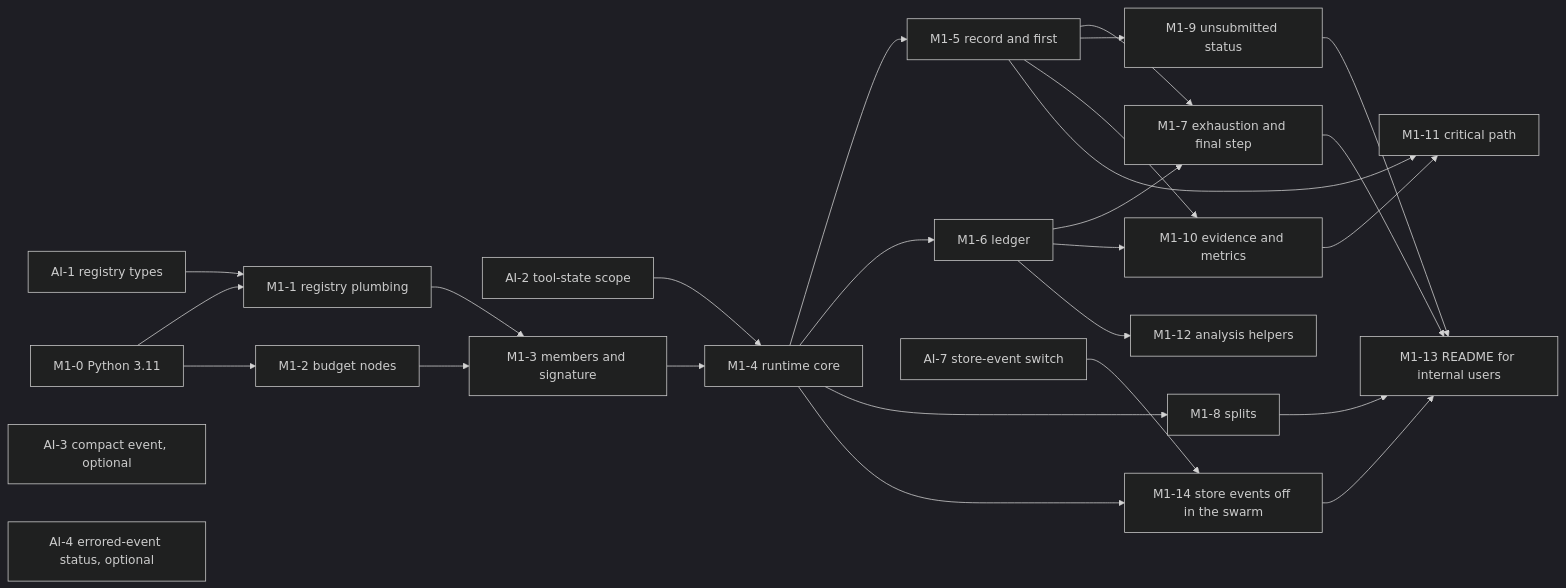
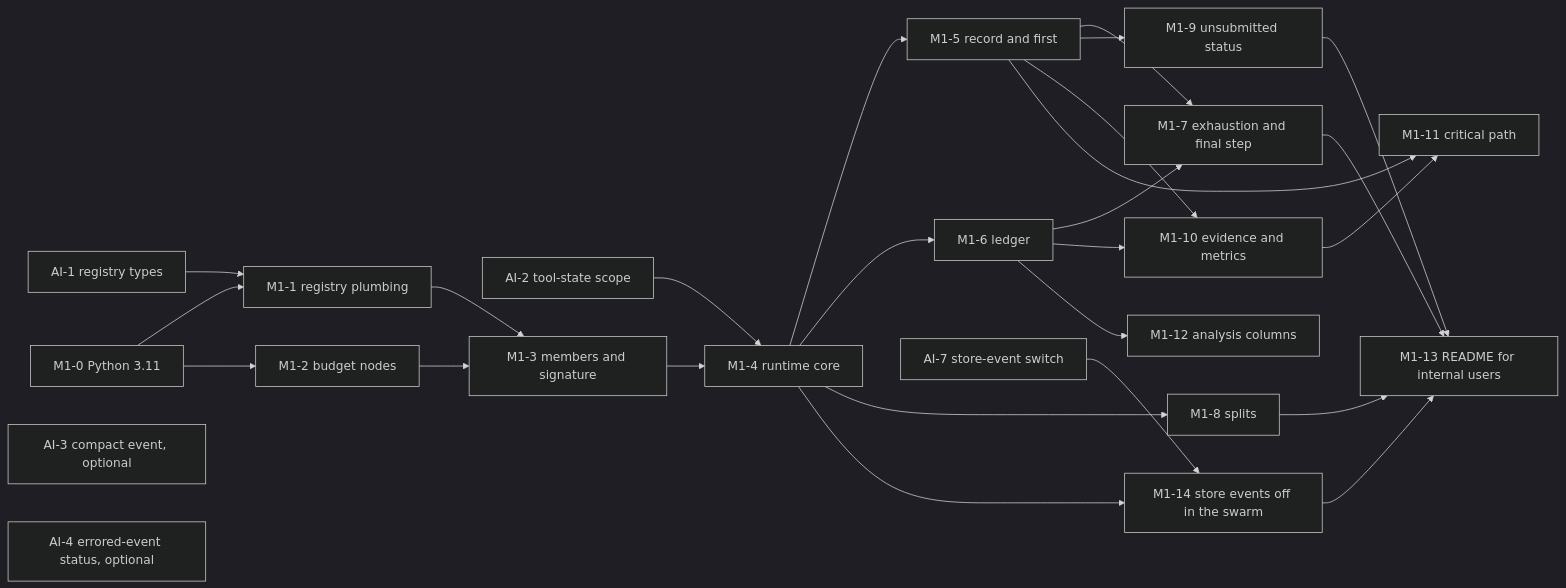
Before and after one commit to joesposito8/inspect_swarm: the first of 2 diagrams in design/swarm-implementation-plan.md, drawn with Mermaid (dark theme). The commit also changed other lines of this file and 12 other files, not shown here.

````diff
--- a/design/swarm-implementation-plan.md
+++ b/design/swarm-implementation-plan.md
@@ -118,29 +118,29 @@
 ```mermaid
 flowchart LR
   AI1[AI-1 registry types] --> M1_1
   AI2[AI-2 tool-state scope] --> M1_4
   M1_0[M1-0 Python 3.11] --> M1_1[M1-1 registry plumbing]
   M1_0 --> M1_2[M1-2 budget nodes]
   M1_1 --> M1_3[M1-3 members and signature]
   M1_2 --> M1_3
   M1_3 --> M1_4[M1-4 runtime core]
   M1_4 --> M1_5[M1-5 record and first]
   M1_4 --> M1_6[M1-6 ledger]
   M1_4 --> M1_8[M1-8 splits]
   M1_5 --> M1_7[M1-7 exhaustion and final step]
   M1_6 --> M1_7
   M1_5 --> M1_9[M1-9 unsubmitted status]
   M1_5 --> M1_10[M1-10 evidence and metrics]
   M1_6 --> M1_10
-  M1_6 --> M1_12[M1-12 analysis helpers]
+  M1_6 --> M1_12[M1-12 analysis columns]
   M1_5 --> M1_11[M1-11 critical path]
   M1_10 --> M1_11
   M1_7 --> M1_13[M1-13 README for internal users]
   M1_8 --> M1_13
   M1_9 --> M1_13
   AI3[AI-3 compact event, optional]
   AI4[AI-4 errored-event status, optional]
   AI7[AI-7 store-event switch] --> M1_14[M1-14 store events off in the swarm]
   M1_4 --> M1_14
   M1_14 --> M1_13
 ```
````
